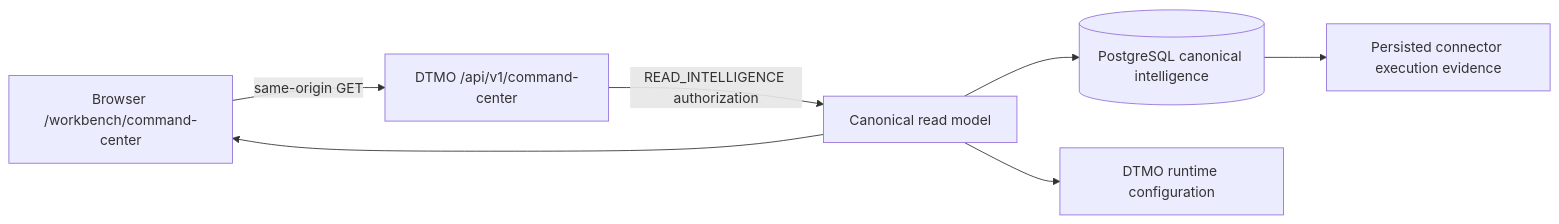
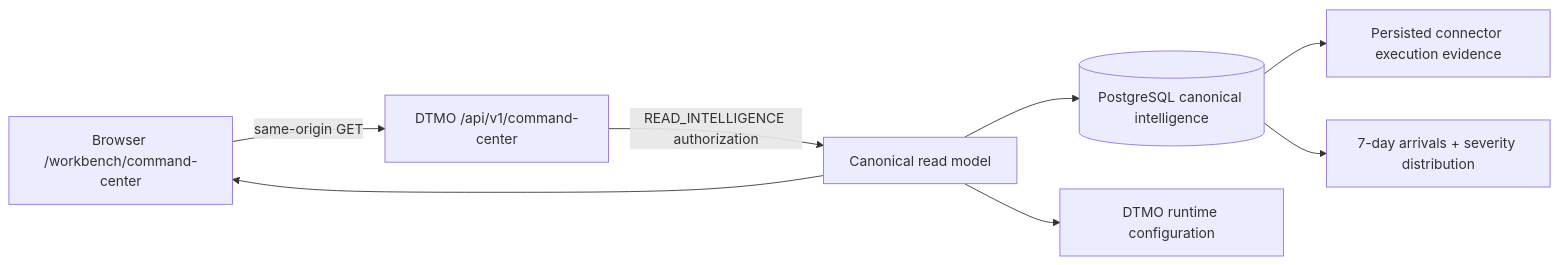
The diagram in docs/architecture/PHASE11_10C_COMMAND_CENTER.md (GJvManen/dtmo), drawn with Mermaid before and after one commit. The commit also changed other lines of this file, not shown here.

````diff
--- a/docs/architecture/PHASE11_10C_COMMAND_CENTER.md
+++ b/docs/architecture/PHASE11_10C_COMMAND_CENTER.md
@@ -15,9 +15,10 @@
 ```mermaid
 flowchart LR
     B[Browser /workbench/command-center] -->|same-origin GET| A[DTMO /api/v1/command-center]
     A -->|READ_INTELLIGENCE authorization| R[Canonical read model]
     R --> D[(PostgreSQL canonical intelligence)]
     R --> C[DTMO runtime configuration]
     D --> E[Persisted connector execution evidence]
+    D --> T[7-day arrivals + severity distribution]
     R --> B
 ```
````
